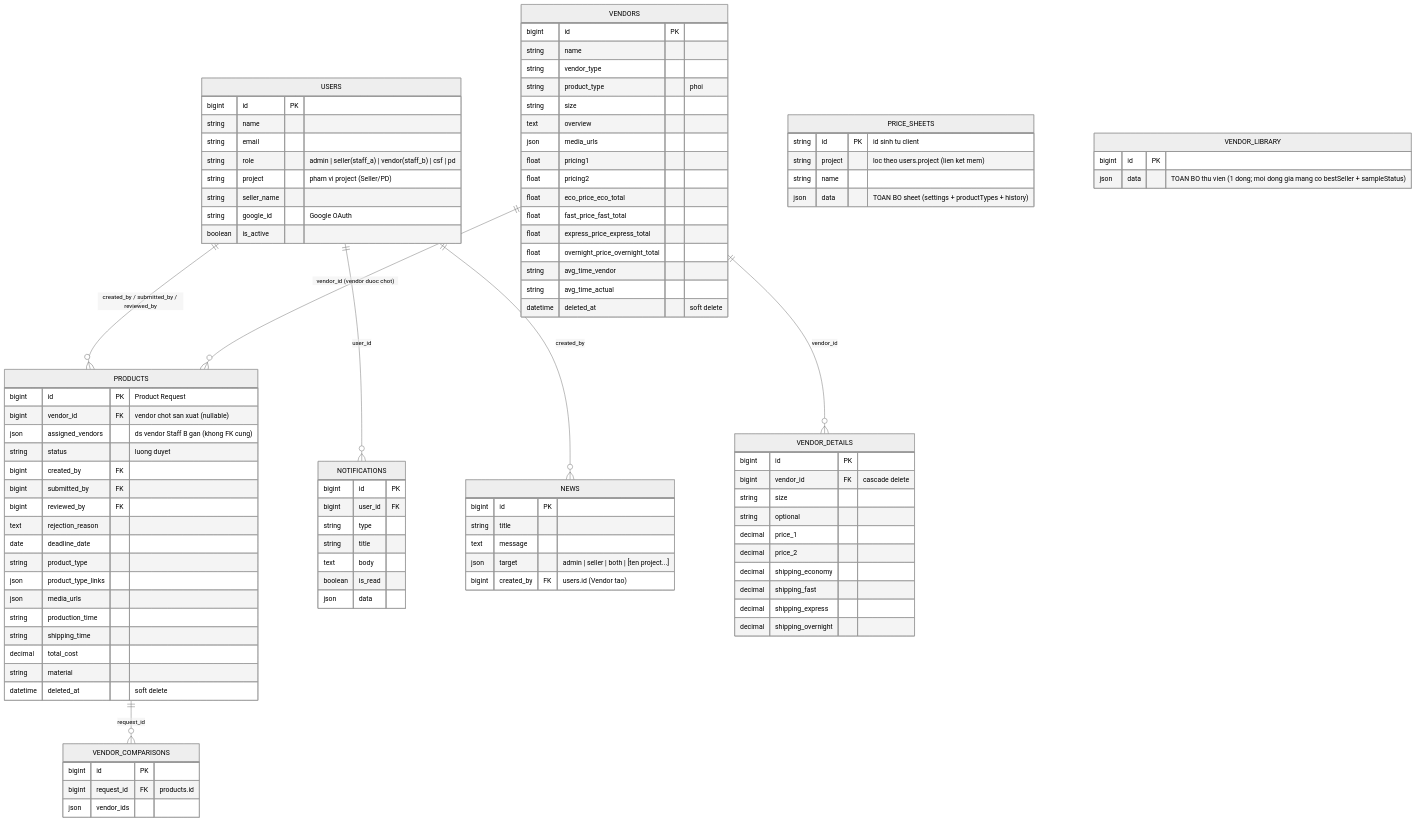
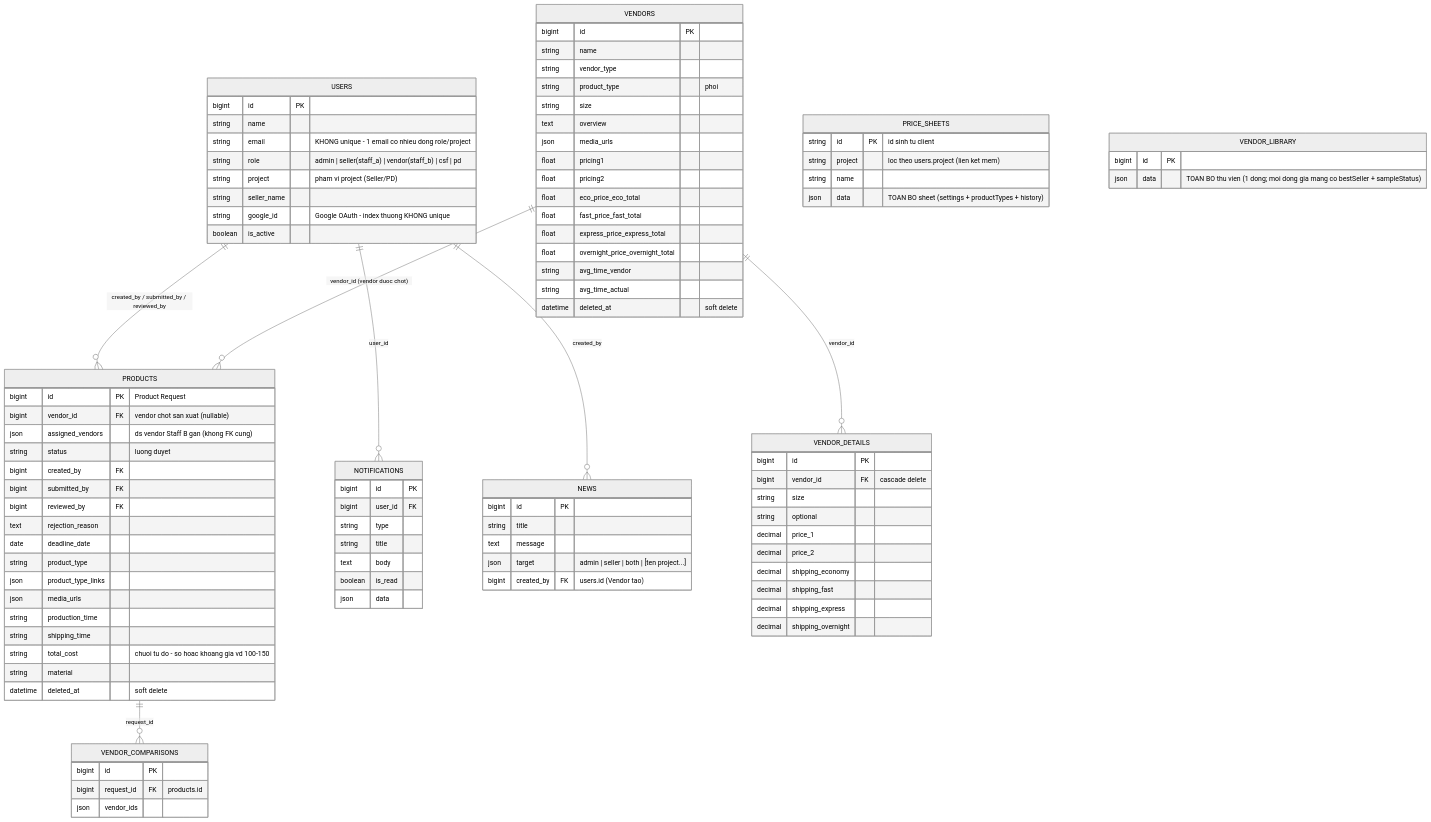
Before and after one commit to thanhdatpb/Vendor_Management_Golang: the third of 3 diagrams in README.md, drawn with Mermaid (neutral theme). The commit also changed other lines of this file, not shown here.

```diff
--- a/README.md
+++ b/README.md
@@ -244,11 +256,11 @@
     USERS {
         bigint id PK
         string name
-        string email
+        string email "KHONG unique - 1 email co nhieu dong role/project"
         string role "admin | seller(staff_a) | vendor(staff_b) | csf | pd"
         string project "pham vi project (Seller/PD)"
         string seller_name
-        string google_id "Google OAuth"
+        string google_id "Google OAuth - index thuong KHONG unique"
         boolean is_active
     }
 
@@ -267,7 +279,7 @@
         json media_urls
         string production_time
         string shipping_time
-        decimal total_cost
+        string total_cost "chuoi tu do - so hoac khoang gia vd 100-150"
         string material
         datetime deleted_at "soft delete"
     }
```
